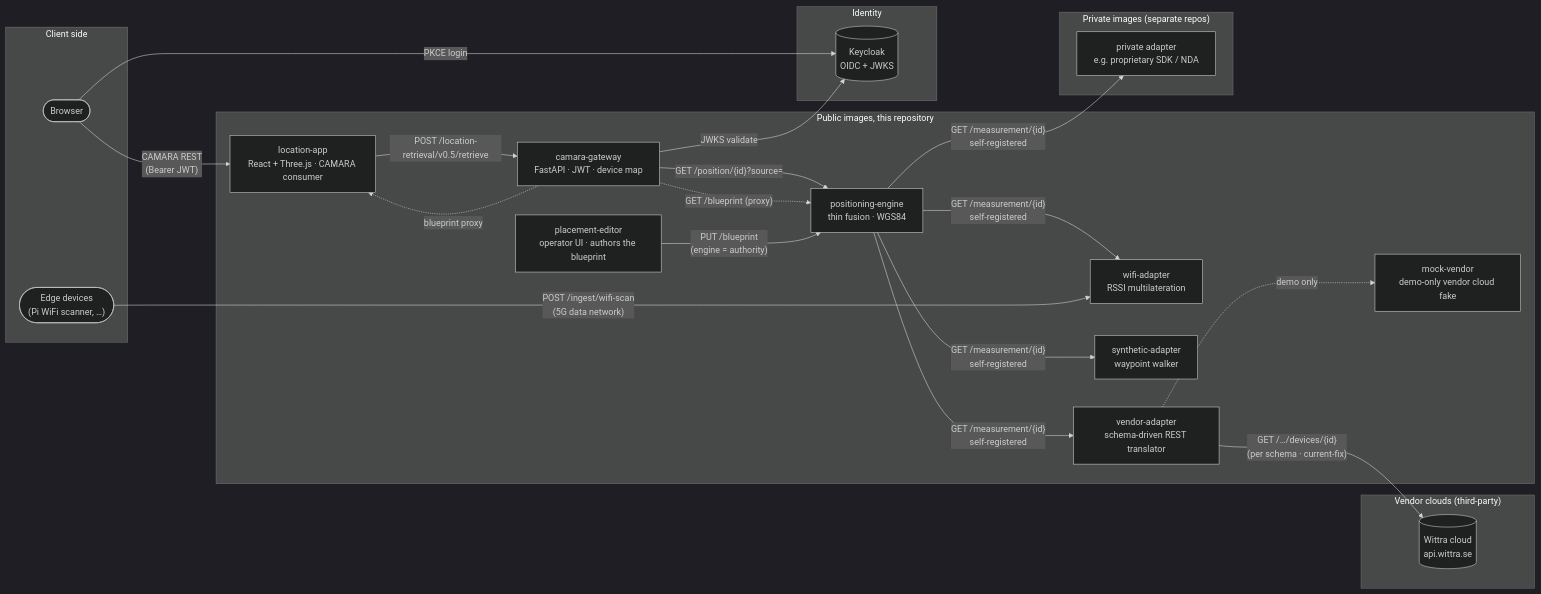
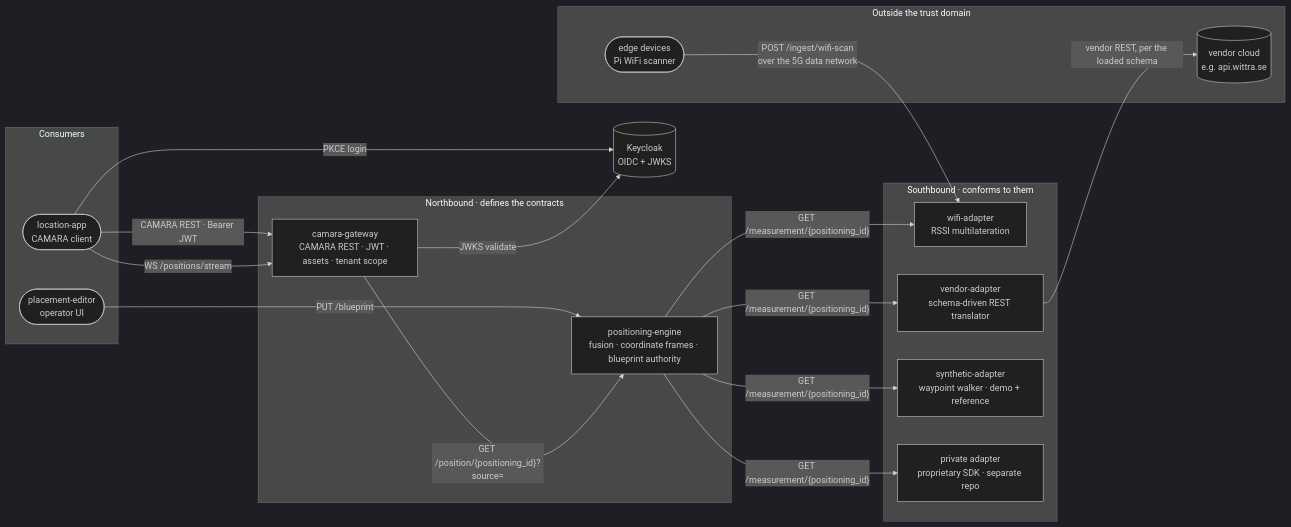
The first of 5 diagrams in docs/architecture.md (Jacobbista/5g-northbound), drawn with Mermaid (dark theme) before and after one commit. The commit also changed other lines of this file and 11 other files, not shown here.

First line of the commit message:
docs: fix the asset vocabulary and rebuild the architecture spine

````diff
--- a/docs/architecture.md
+++ b/docs/architecture.md
@@ -7,47 +18,41 @@
 ```mermaid
 flowchart LR
-  subgraph client["Client side"]
-    BR(["Browser"])
-    EDGE(["Edge devices<br/>(Pi WiFi scanner, …)"])
+  subgraph consumers["Consumers"]
+    APP(["location-app<br/>CAMARA client"])
+    EDITOR(["placement-editor<br/>operator UI"])
   end
 
-  subgraph public["Public images, this repository"]
-    DEMO["location-app<br/>React + Three.js · CAMARA consumer"]
-    EDIT["placement-editor<br/>operator UI · authors the blueprint"]
-    GW["camara-gateway<br/>FastAPI · JWT · device map"]
-    ENG["positioning-engine<br/>thin fusion · WGS84"]
-    WIFI["wifi-adapter<br/>RSSI multilateration"]
-    MOCK["synthetic-adapter<br/>waypoint walker"]
-    REST["vendor-adapter<br/>schema-driven REST translator"]
-    MWIT["mock-vendor<br/>demo-only vendor cloud fake"]
+  subgraph northbound["Northbound · defines the contracts"]
+    GW["camara-gateway<br/>CAMARA REST · JWT · assets · tenant scope"]
+    ENG["positioning-engine<br/>fusion · coordinate frames · blueprint authority"]
   end
 
-  subgraph private["Private images (separate repos)"]
-    VENDOR["private adapter<br/>e.g. proprietary SDK / NDA"]
+  subgraph southbound["Southbound · conforms to them"]
+    WIFI["wifi-adapter<br/>RSSI multilateration"]
+    VENDOR["vendor-adapter<br/>schema-driven REST translator"]
+    SYNTH["synthetic-adapter<br/>waypoint walker · demo + reference"]
+    PRIV["private adapter<br/>proprietary SDK · separate repo"]
   end
 
-  subgraph vendor_cloud["Vendor clouds (third-party)"]
-    WITTRA[("Wittra cloud<br/>api.wittra.se")]
+  subgraph external["Outside the trust domain"]
+    CLOUD[("vendor cloud<br/>e.g. api.wittra.se")]
+    EDGEDEV(["edge devices<br/>Pi WiFi scanner"])
   end
 
-  subgraph identity["Identity"]
-    KC[("Keycloak<br/>OIDC + JWKS")]
-  end
+  KC[("Keycloak<br/>OIDC + JWKS")]
 
-  BR -- "PKCE login" --> KC
-  BR -- "CAMARA REST<br/>(Bearer JWT)" --> DEMO
-  DEMO -- "POST /location-retrieval/v0.5/retrieve" --> GW
+  APP -- "CAMARA REST · Bearer JWT" --> GW
+  APP -- "WS /positions/stream" --> GW
+  APP -- "PKCE login" --> KC
   GW -- "JWKS validate" --> KC
-  GW -- "GET /position/{id}?source=" --> ENG
-  GW -. "GET /blueprint (proxy)" .-> ENG
-  ENG -- "GET /measurement/{id}<br/>self-registered" --> WIFI
-  ENG -- "GET /measurement/{id}<br/>self-registered" --> MOCK
-  ENG -- "GET /measurement/{id}<br/>self-registered" --> REST
-  ENG -- "GET /measurement/{id}<br/>self-registered" --> VENDOR
-  REST -- "GET /…/devices/{id}<br/>(per schema · current-fix)" --> WITTRA
-  REST -. "demo only" .-> MWIT
-  EDGE -- "POST /ingest/wifi-scan<br/>(5G data network)" --> WIFI
+  EDITOR -- "PUT /blueprint" --> ENG
 
-  EDIT -- "PUT /blueprint<br/>(engine = authority)" --> ENG
-  GW -. "blueprint proxy" .-> DEMO
+  GW -- "GET /position/{positioning_id}?source=" --> ENG
+  ENG -- "GET /measurement/{positioning_id}" --> WIFI
+  ENG -- "GET /measurement/{positioning_id}" --> VENDOR
+  ENG -- "GET /measurement/{positioning_id}" --> SYNTH
+  ENG -- "GET /measurement/{positioning_id}" --> PRIV
+
+  VENDOR -- "vendor REST, per the loaded schema" --> CLOUD
+  EDGEDEV -- "POST /ingest/wifi-scan<br/>over the 5G data network" --> WIFI
 ```
````
